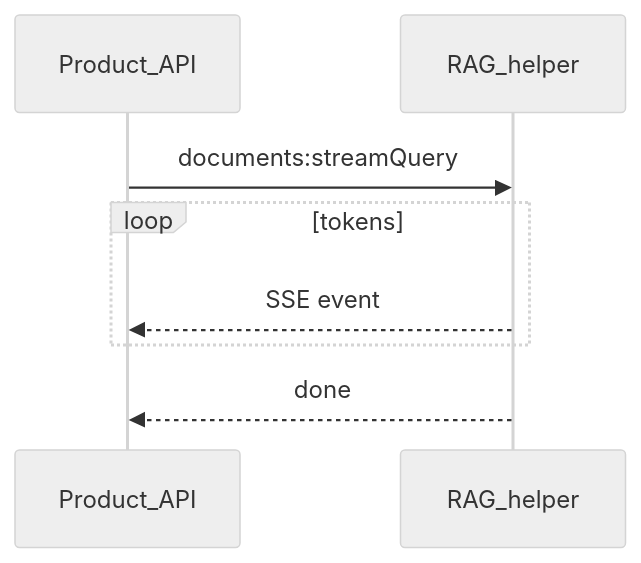
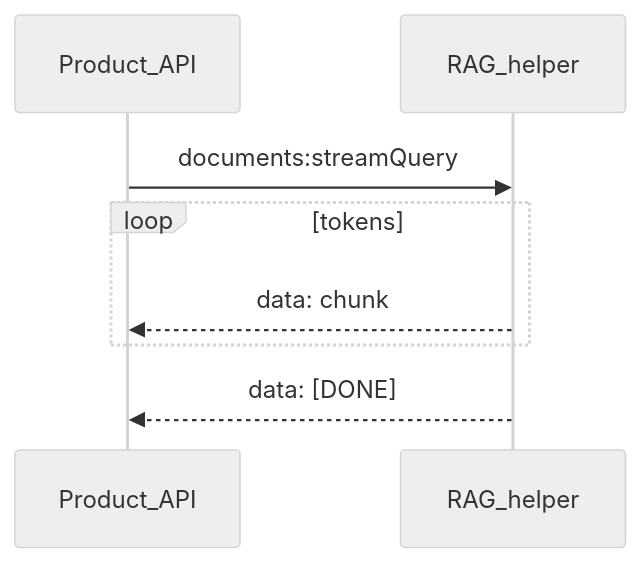
One commit to felixzhu97/explore-ml changed diagram 12 of 23 in docs/Guideline.md. Above: the diagram before and after it, drawn with Mermaid (neutral theme). The commit also changed other lines of this file and 5 other files, not shown here.

````diff
--- a/docs/Guideline.md
+++ b/docs/Guideline.md
@@ -272,10 +278,10 @@
 ```mermaid
 sequenceDiagram
   participant API as Product_API
   participant RAG as RAG_helper
   API->>RAG: documents:streamQuery
   loop tokens
-    RAG-->>API: SSE event
+    RAG-->>API: data: chunk
   end
-  RAG-->>API: done
+  RAG-->>API: data: [DONE]
 ```
````
